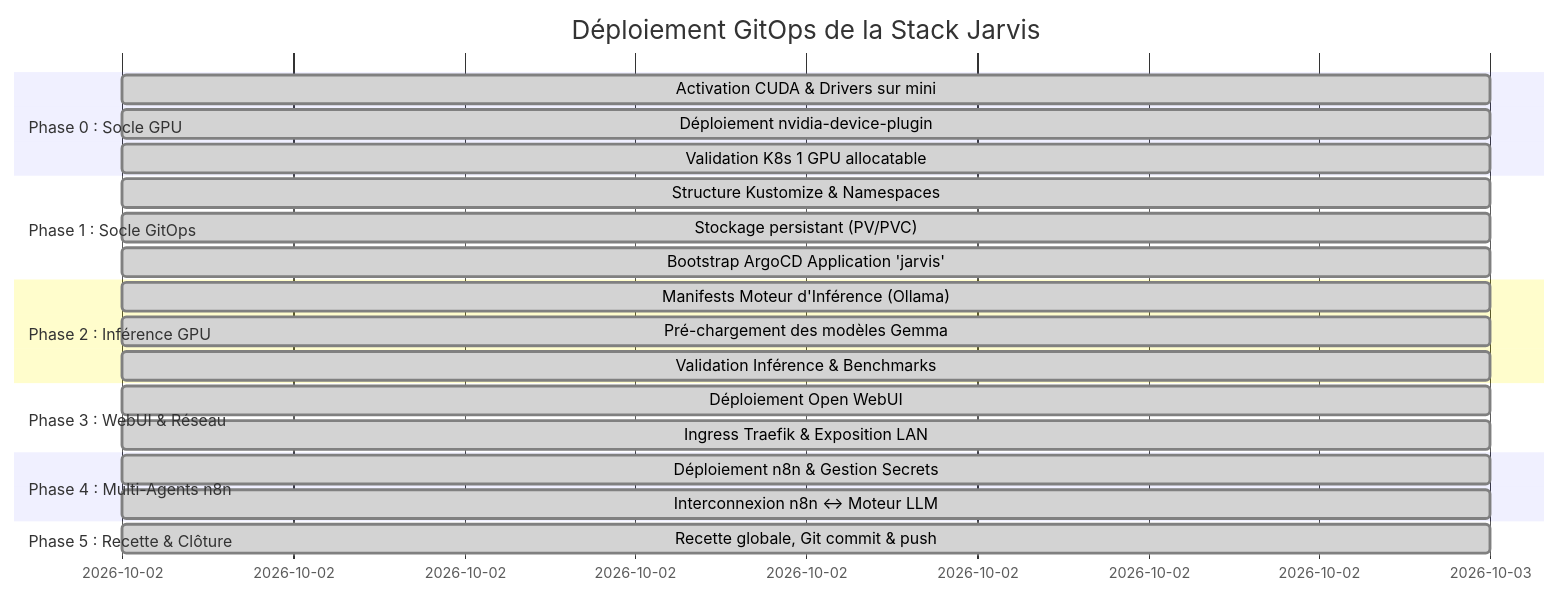
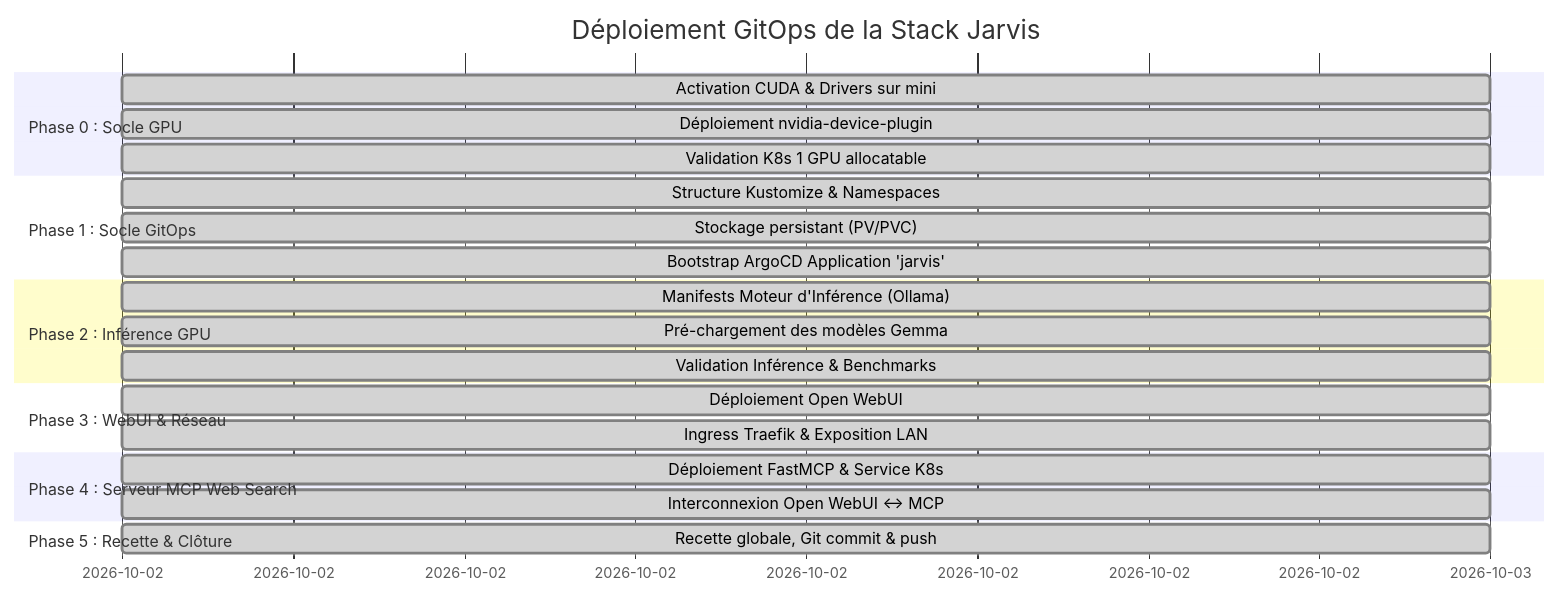
One commit to xelnagas/argocd-IA-local changed the diagram in planaction.md. Above: the diagram before and after it, drawn with Mermaid. The commit also changed other lines of this file and 10 other files, not shown here.

````diff
--- a/planaction.md
+++ b/planaction.md
@@ -16,25 +16,25 @@
 ```mermaid
 gantt
     title Déploiement GitOps de la Stack Jarvis
     dateFormat  YYYY-MM-DD
     section Phase 0 : Socle GPU
     Activation CUDA & Drivers sur mini       :done,    p0_1, 2026-10-02, 1d
     Déploiement nvidia-device-plugin         :done,    p0_2, 2026-10-02, 1d
     Validation K8s 1 GPU allocatable         :done,    p0_3, 2026-10-02, 1d
     section Phase 1 : Socle GitOps
     Structure Kustomize & Namespaces         :done,    p1_1, 2026-10-02, 1d
     Stockage persistant (PV/PVC)             :done,    p1_2, 2026-10-02, 1d
     Bootstrap ArgoCD Application 'jarvis'    :done,    p1_3, 2026-10-02, 1d
     section Phase 2 : Inférence GPU
     Manifests Moteur d'Inférence (Ollama)    :done,    p2_1, 2026-10-02, 1d
     Pré-chargement des modèles Gemma         :done,    p2_2, 2026-10-02, 1d
     Validation Inférence & Benchmarks        :done,    p2_3, 2026-10-02, 1d
     section Phase 3 : WebUI & Réseau
     Déploiement Open WebUI                   :done,    p3_1, 2026-10-02, 1d
     Ingress Traefik & Exposition LAN         :done,    p3_2, 2026-10-02, 1d
-    section Phase 4 : Multi-Agents n8n
-    Déploiement n8n & Gestion Secrets        :done,    p4_1, 2026-10-02, 1d
-    Interconnexion n8n <-> Moteur LLM        :done,    p4_2, 2026-10-02, 1d
+    section Phase 4 : Serveur MCP Web Search
+    Déploiement FastMCP & Service K8s        :done,    p4_1, 2026-10-02, 1d
+    Interconnexion Open WebUI <-> MCP        :done,    p4_2, 2026-10-02, 1d
     section Phase 5 : Recette & Clôture
     Recette globale, Git commit & push       :done,    p5_1, 2026-10-02, 1d
 ```
````
